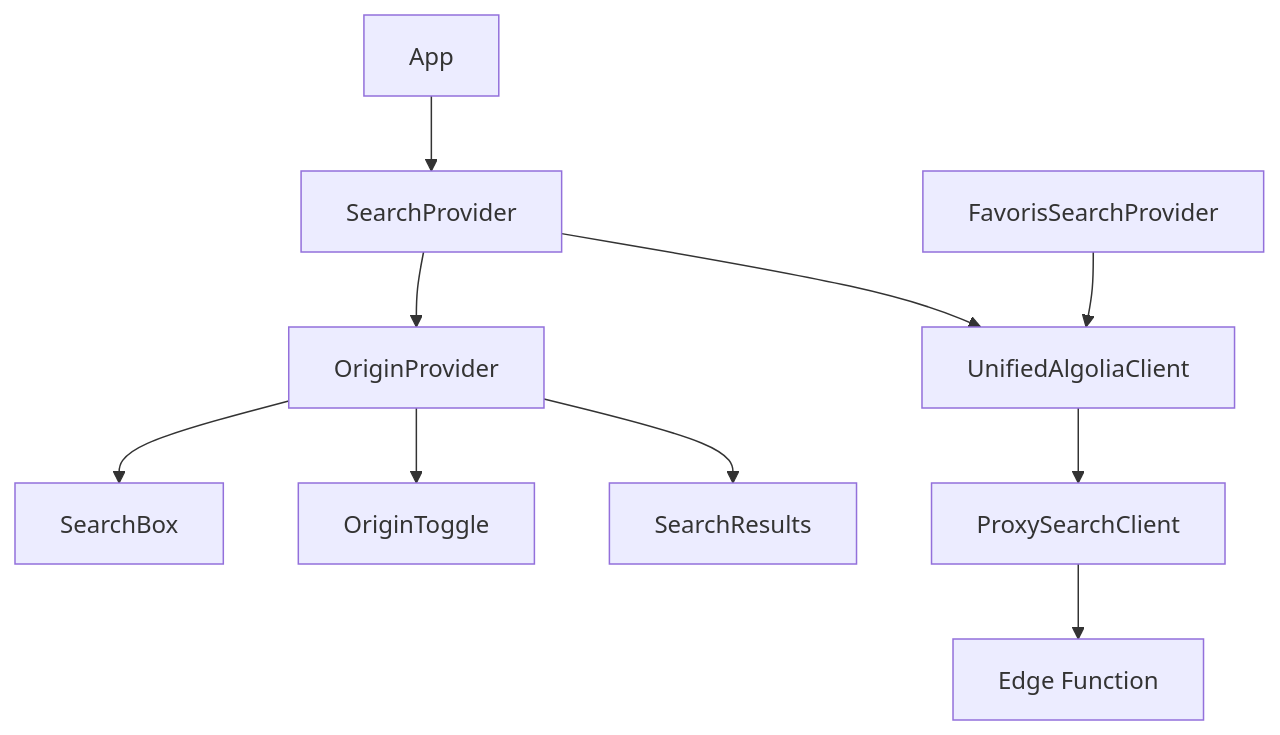
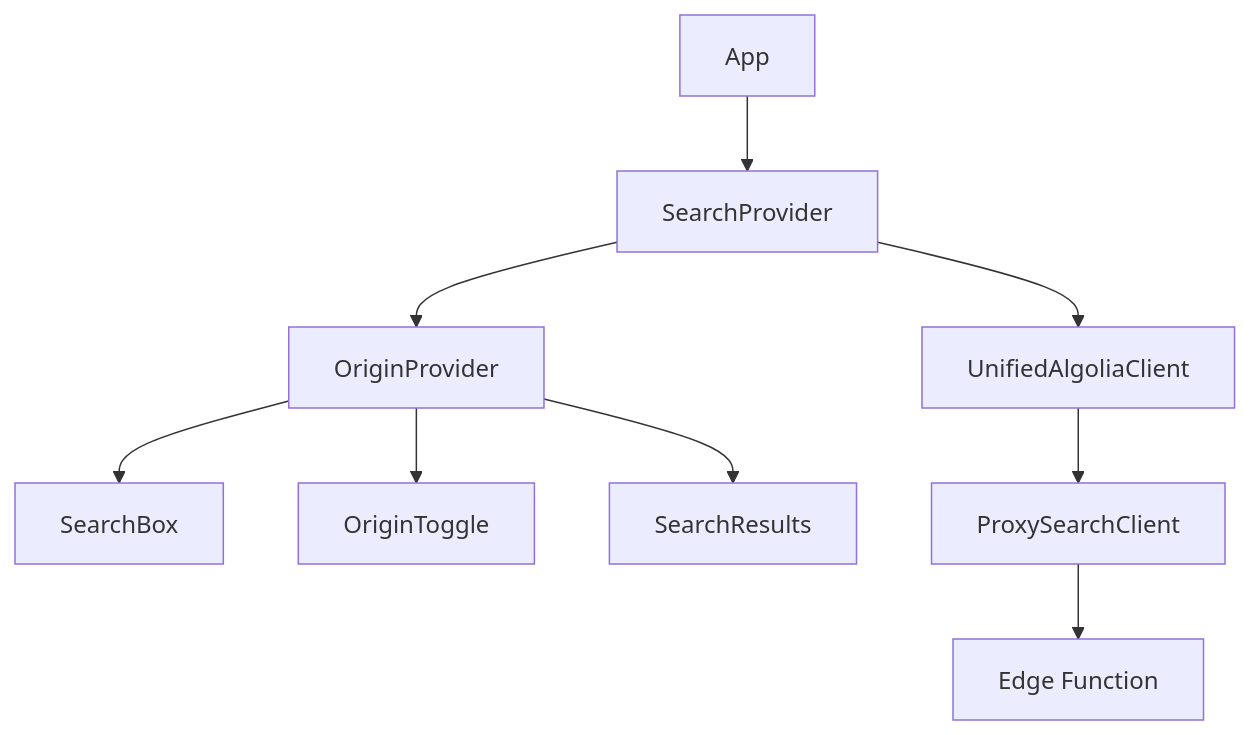
The diagram in docs/frontend/integration-guide.md (axelgirardpro-ship-it/ecodex), drawn with Mermaid before and after one commit. The commit also changed other lines of this file and 11 other files, not shown here.

First line of the commit message:
feat: Suppression complète du code legacy et unification de l'architecture de recherche

````diff
--- a/docs/frontend/integration-guide.md
+++ b/docs/frontend/integration-guide.md
@@ -11,14 +11,14 @@
 ```mermaid
 graph TD
     A[App] --> B[SearchProvider]
     B --> C[OriginProvider]
     C --> D[SearchBox]
     C --> E[OriginToggle]
     C --> F[SearchResults]
     
     B --> G[UnifiedAlgoliaClient]
     G --> H[ProxySearchClient]
     H --> I[Edge Function]
     
-    J[FavorisSearchProvider] --> G
+    %% Favoris utilisent le client unifié via SearchProvider (pas de provider dédié)
 ```
````
